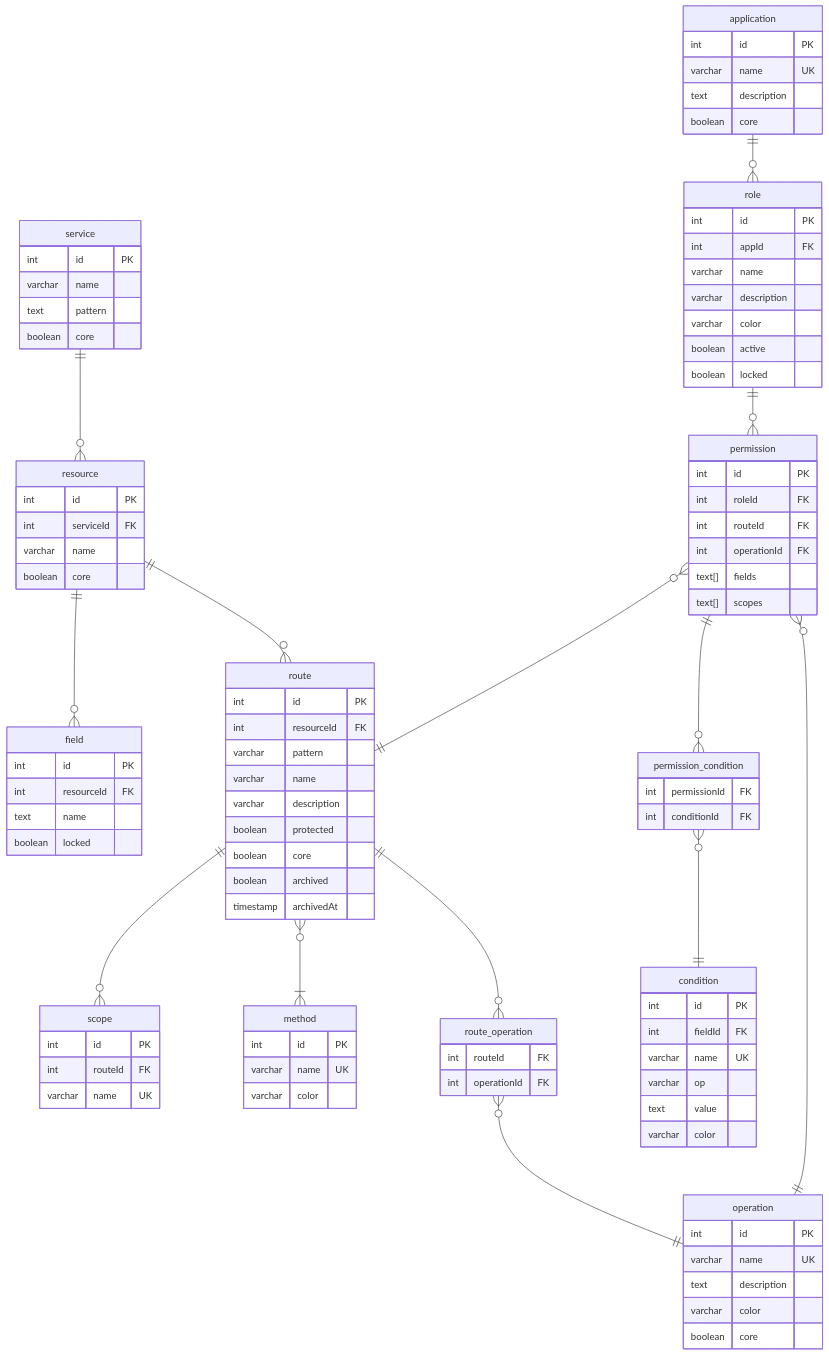
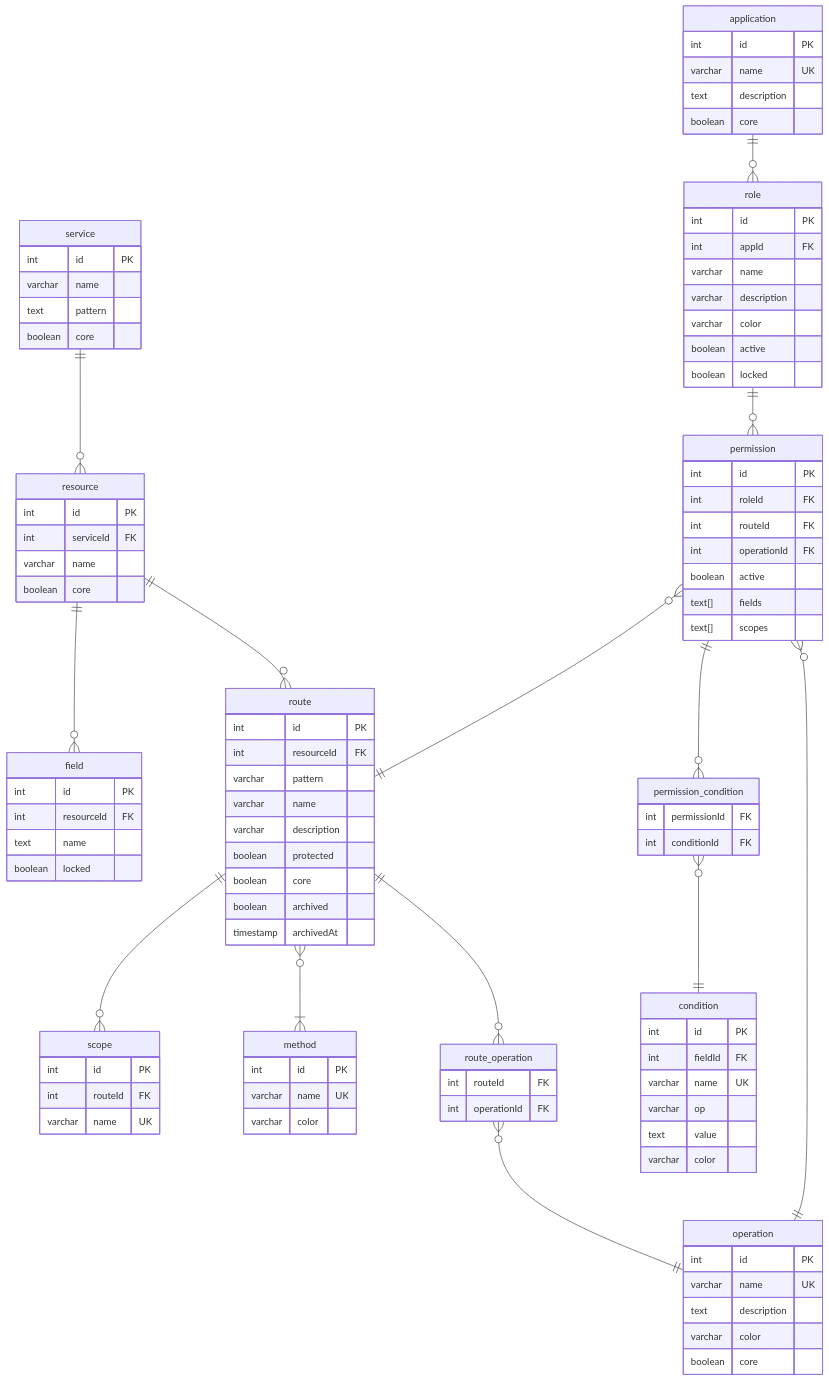
One commit to ALTEN-group/Gatelin changed the first of 2 diagrams in doc/erd.md. Above: the diagram before and after it, drawn with Mermaid. The commit also changed 1 other file, not shown here.

Commit message:
feat(erd): add active field to permission model

```diff
--- a/doc/erd.md
+++ b/doc/erd.md
@@ -45,6 +45,7 @@
     int roleId FK
     int routeId FK
     int operationId FK
+    boolean active
     text[] fields
     text[] scopes
   }
```
